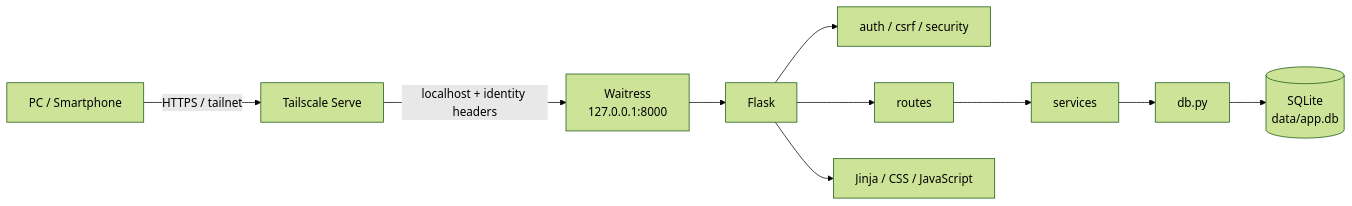
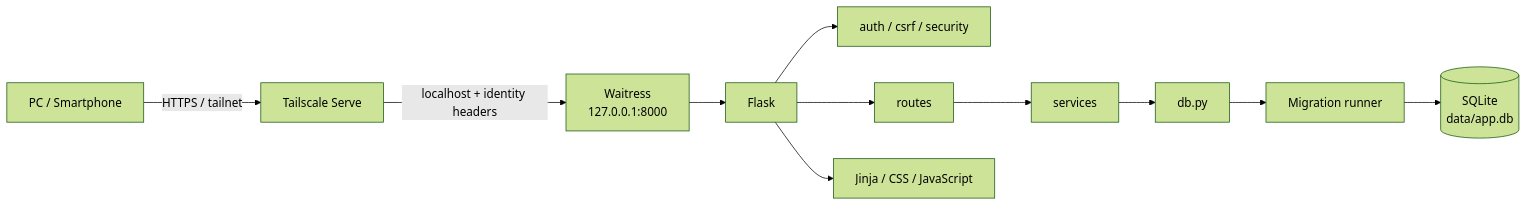
The first of 8 diagrams in docs/ARCHITECTURE.md (k-systems202208/python-sqlite-tailscale-webapp-template), drawn with Mermaid (forest theme) before and after one commit. The commit also changed other lines of this file and 42 other files, not shown here.

````diff
--- a/docs/ARCHITECTURE.md
+++ b/docs/ARCHITECTURE.md
@@ -7,12 +7,13 @@
 ```mermaid
 flowchart LR
     U["PC / Smartphone"] -->|"HTTPS / tailnet"| TS["Tailscale Serve"]
     TS -->|"localhost + identity headers"| W["Waitress\n127.0.0.1:8000"]
     W --> F["Flask"]
     F --> A["auth / csrf / security"]
     F --> R["routes"]
     R --> S["services"]
     S --> DB["db.py"]
-    DB --> Q[("SQLite\ndata/app.db")]
+    DB --> M["Migration runner"]
+    M --> Q[("SQLite\ndata/app.db")]
     F --> UI["Jinja / CSS / JavaScript"]
 ```
````
